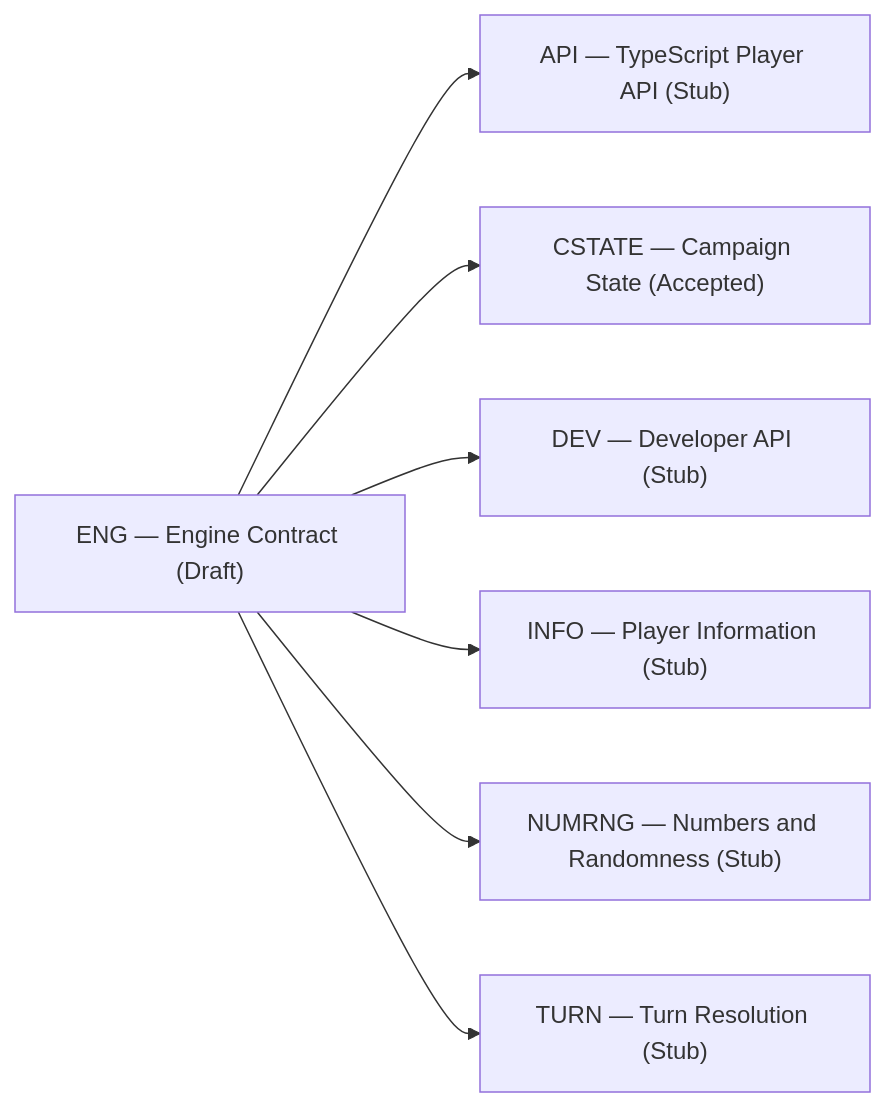
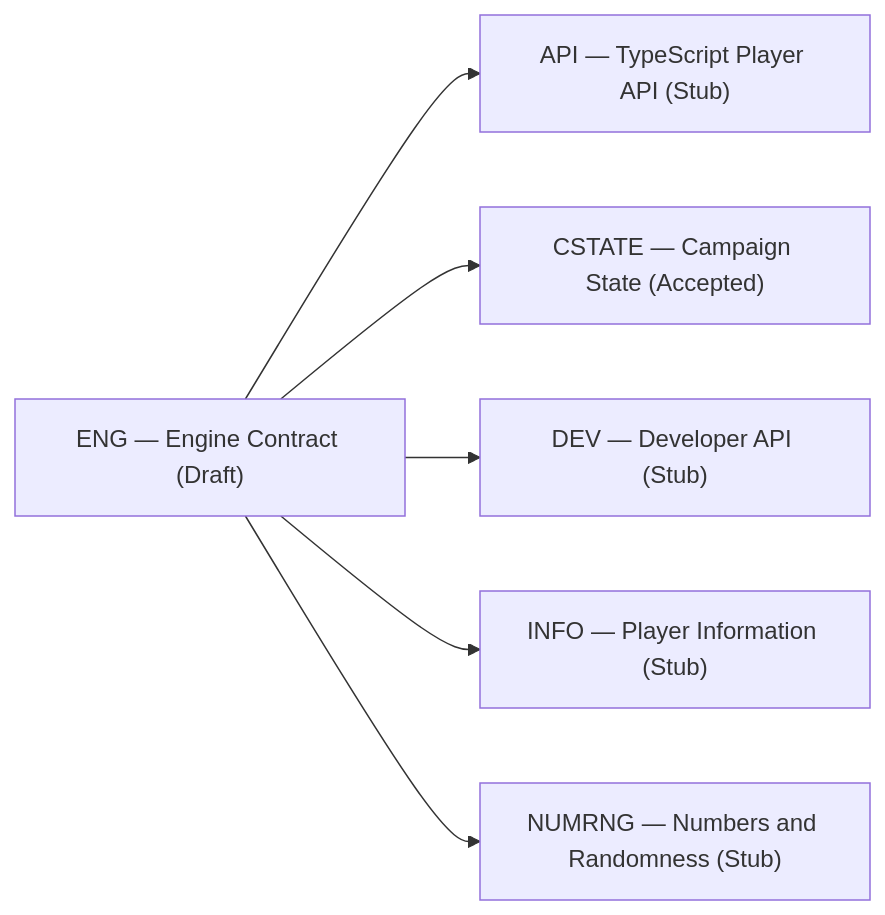
Before and after one commit to konrad-jamrozik/game-v5: the second of 2 diagrams in docs/derived/relationships/refines.md, drawn with Mermaid. The commit also changed 21 other files, not shown here.

First line of the commit message:
Delete Turn Resolution; state the turn-start default in Engine Contract

````diff
--- a/docs/derived/relationships/refines.md
+++ b/docs/derived/relationships/refines.md
@@ -39,16 +39,14 @@
 ```mermaid
 flowchart LR
   API["API — TypeScript Player API (Stub)"]
   CSTATE["CSTATE — Campaign State (Accepted)"]
   DEV["DEV — Developer API (Stub)"]
   ENG["ENG — Engine Contract (Draft)"]
   INFO["INFO — Player Information (Stub)"]
   NUMRNG["NUMRNG — Numbers and Randomness (Stub)"]
-  TURN["TURN — Turn Resolution (Stub)"]
   ENG --> API
   ENG --> CSTATE
   ENG --> DEV
   ENG --> INFO
   ENG --> NUMRNG
-  ENG --> TURN
 ```
````
